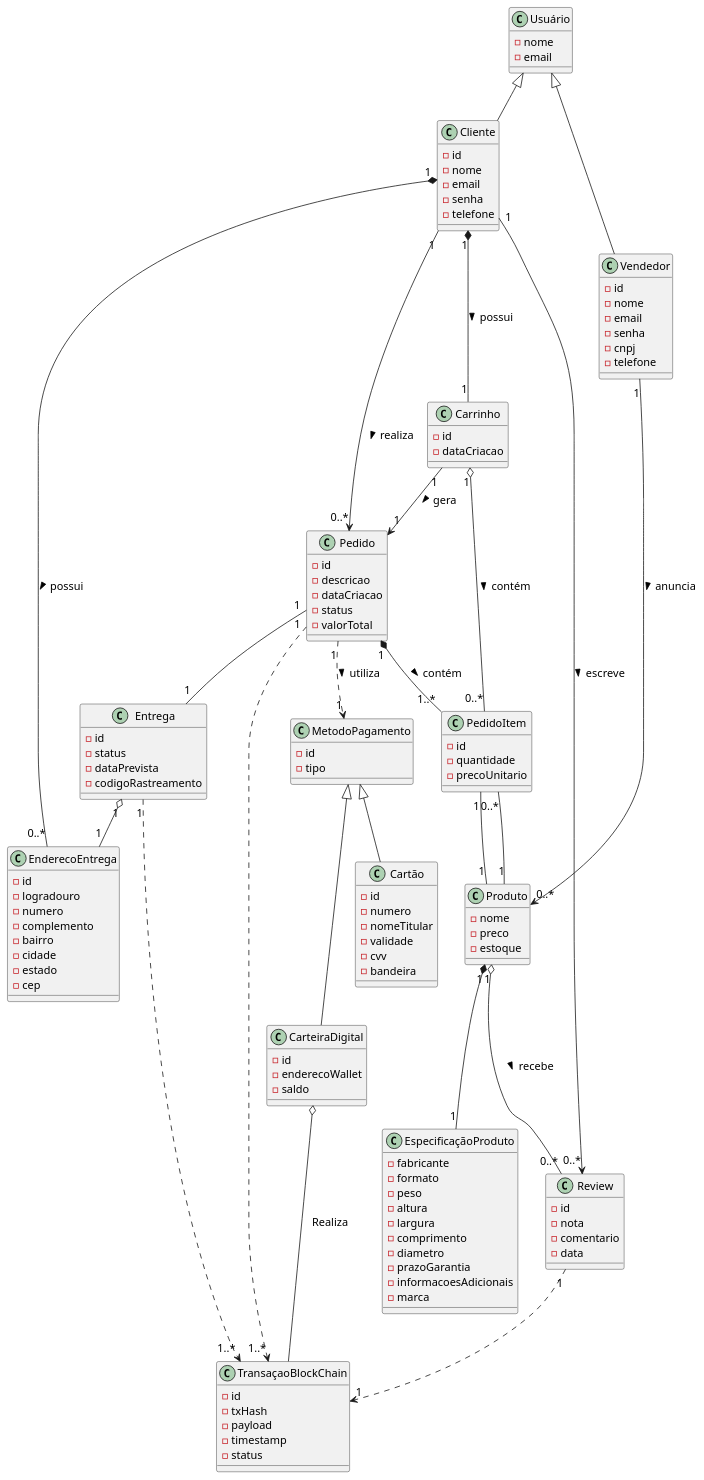
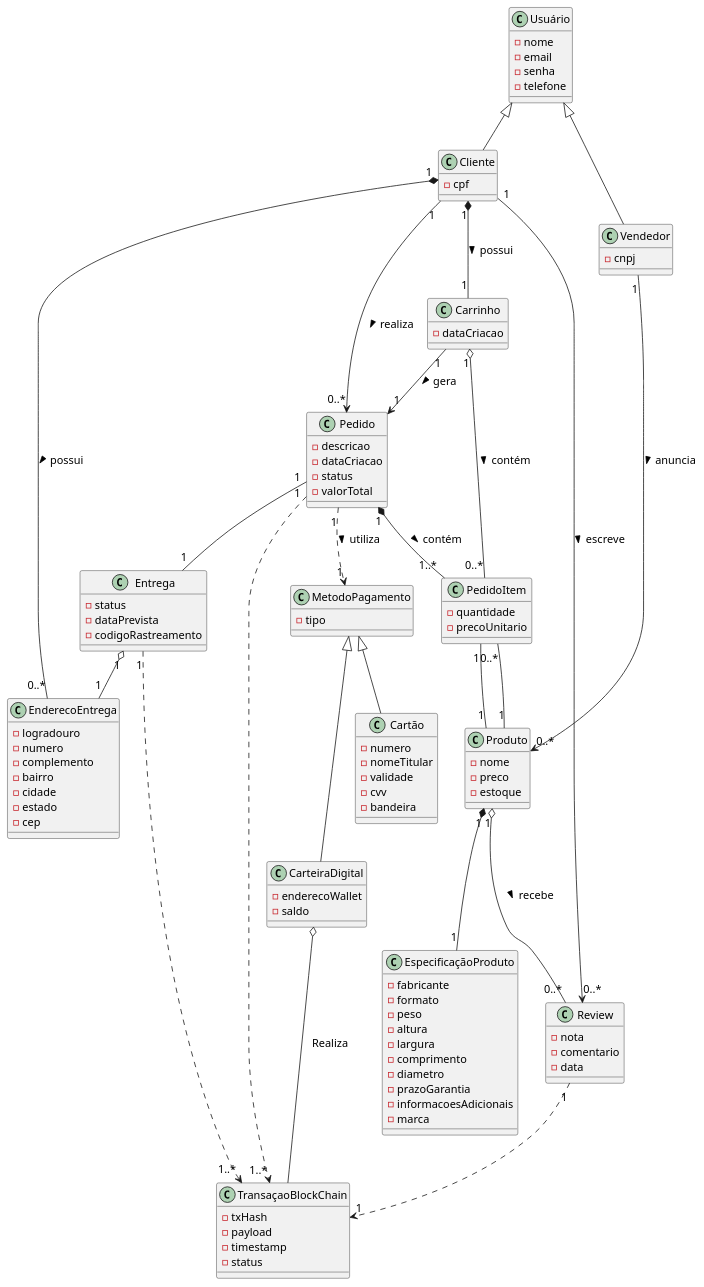
The diagram in trabalho_final/modelos_uml/diagrama_de_classes.plantuml (gilmarUFG/rs_es_20251_g4), drawn with PlantUML before and after one commit.

Commit message:
Correções no diagrama de classe

```diff
--- a/trabalho_final/modelos_uml/diagrama_de_classes.plantuml
+++ b/trabalho_final/modelos_uml/diagrama_de_classes.plantuml
@@ -1,147 +1,130 @@
 @startuml ChainBuy
 top to bottom direction
 
 skinparam defaultFontName "Arial"
 skinparam defaultFontSize 14
 ' Classes base
 class Usuário {
     -nome
     -email
+    -senha
+    -telefone
 }
 
 class Produto {
     -nome   
     -preco
     -estoque
 }
 
 class EspecificaçãoProduto {
     -fabricante
     -formato
     -peso
     -altura
     -largura
     -comprimento
     -diametro
     -prazoGarantia
     -informacoesAdicionais
     -marca
 }
 
-class Cliente {
-    -id
-    -nome
-    -email
-    -senha
-    -telefone
+class Cliente {   
+    -cpf
 }
 
-class EnderecoEntrega {
-    -id
+class EnderecoEntrega {   
     -logradouro
     -numero
     -complemento
     -bairro
     -cidade
     -estado
     -cep
 }
 
-class Vendedor {
-    -id
-    -nome
-    -email
-    -senha
+class Vendedor { 
     -cnpj
-    -telefone
 }
 
 class Pedido {
-    -id
     -descricao
     -dataCriacao
     -status
     -valorTotal
 }
 
 class PedidoItem {
-    -id
     -quantidade
     -precoUnitario
 }
 
 class MetodoPagamento {
-    -id
     -tipo
 }
 
 class Carrinho {
-    -id
     -dataCriacao
 }
 
 class CarteiraDigital {
-    -id
     -enderecoWallet
     -saldo
 }
 
 class Cartão {
-    -id
     -numero
     -nomeTitular
     -validade
     -cvv
     -bandeira
 }
 
 class Entrega {
-    -id
     -status
     -dataPrevista
     -codigoRastreamento
 }
 
 class Review {
-    -id
     -nota
     -comentario
     -data
 }
 
 class TransaçaoBlockChain {
-    -id
     -txHash
     -payload
     -timestamp
     -status
 }
 
 MetodoPagamento <|-- Cartão
 MetodoPagamento <|-- CarteiraDigital
 Usuário <|-- Cliente
 Usuário <|-- Vendedor
 
 Vendedor "1" --> "0..*" Produto : anuncia >
 Cliente "1" --> "0..*" Pedido : realiza >
 PedidoItem "1" -- "1" Produto
 Produto "1" -- "0..*" PedidoItem
 Carrinho "1" --> "1" Pedido : gera >
 Cliente "1" --> "0..*" Review : escreve >
 Pedido "1" -- "1" Entrega
 
 Produto "1" o-- "0..*" Review : recebe >
 Carrinho "1" o-- "0..*" PedidoItem : contém >
 CarteiraDigital o-- TransaçaoBlockChain : Realiza
 Entrega "1" o-- "1" EnderecoEntrega
 
 Entrega "1" ..> "1..*" TransaçaoBlockChain
 Pedido "1" ..> "1" MetodoPagamento : utiliza >
 Pedido "1" ..> "1..*" TransaçaoBlockChain
 Review "1" ..> "1" TransaçaoBlockChain
 
 Cliente "1" *-- "0..*" EnderecoEntrega : possui >
 Cliente "1" *-- "1" Carrinho : possui >
 Produto "1" *-- "1" EspecificaçãoProduto
 Pedido "1" *-- "1..*" PedidoItem: contém >
 @enduml
```
